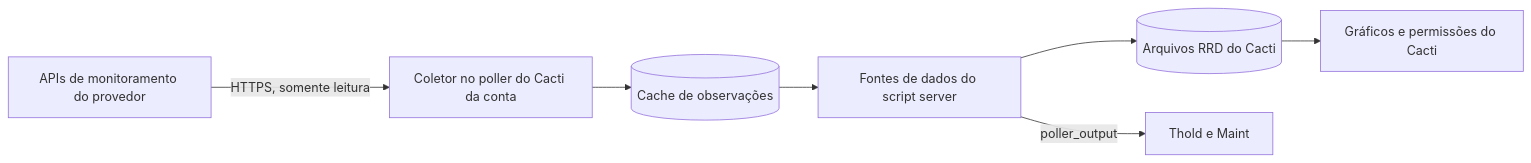
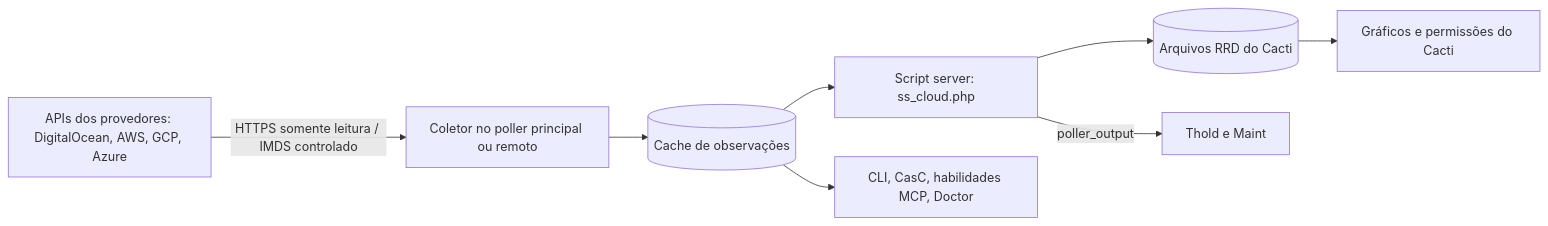
Before and after one commit to somethingwithproof/plugin_cloud: the diagram in docs/i18n/pt-BR/README.md, drawn with Mermaid. The commit also changed other lines of this file and 48 other files, not shown here.

First line of the commit message:
docs(readme): document AWS, GCP, Azure drivers, remote collectors, and ecosystem hooks

````diff
--- a/docs/i18n/pt-BR/README.md
+++ b/docs/i18n/pt-BR/README.md
@@ -110,9 +148,10 @@
 ```mermaid
 flowchart LR
-    API[APIs de monitoramento do provedor] -->|HTTPS, somente leitura| C[Coletor no poller do Cacti da conta]
+    API[APIs dos provedores: DigitalOcean, AWS, GCP, Azure] -->|HTTPS somente leitura / IMDS controlado| C[Coletor no poller principal ou remoto]
     C --> O[(Cache de observações)]
-    O --> SS[Fontes de dados do script server]
+    O --> SS[Script server: ss_cloud.php]
     SS --> RRD[(Arquivos RRD do Cacti)]
     SS -->|poller_output| T[Thold e Maint]
     RRD --> G[Gráficos e permissões do Cacti]
+    O --> ECO[CLI, CasC, habilidades MCP, Doctor]
 ```
````
